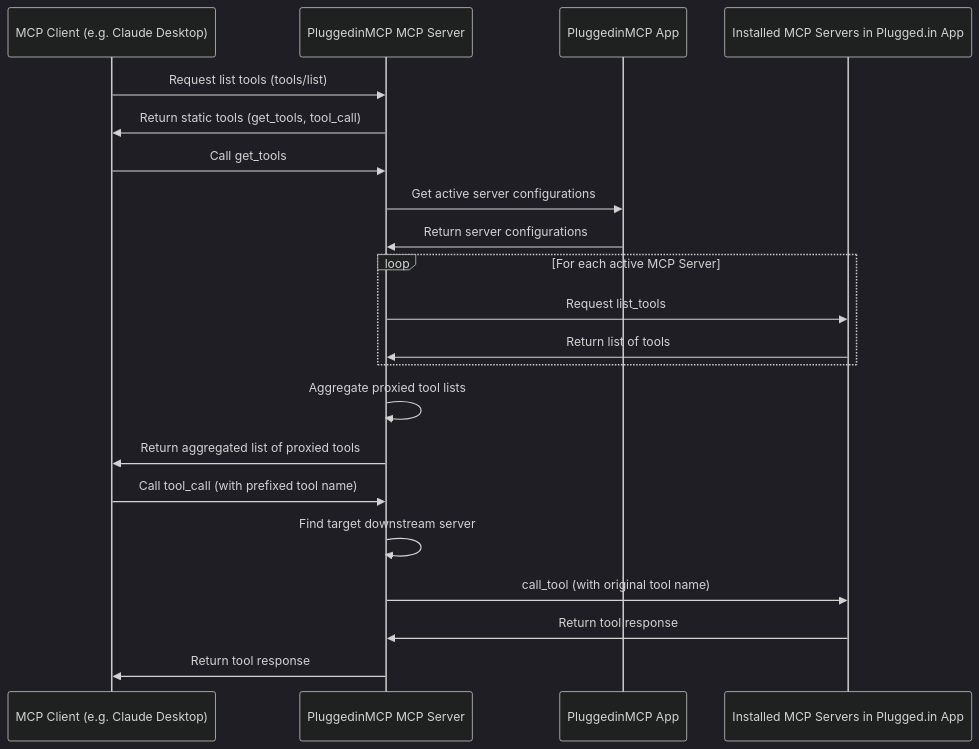
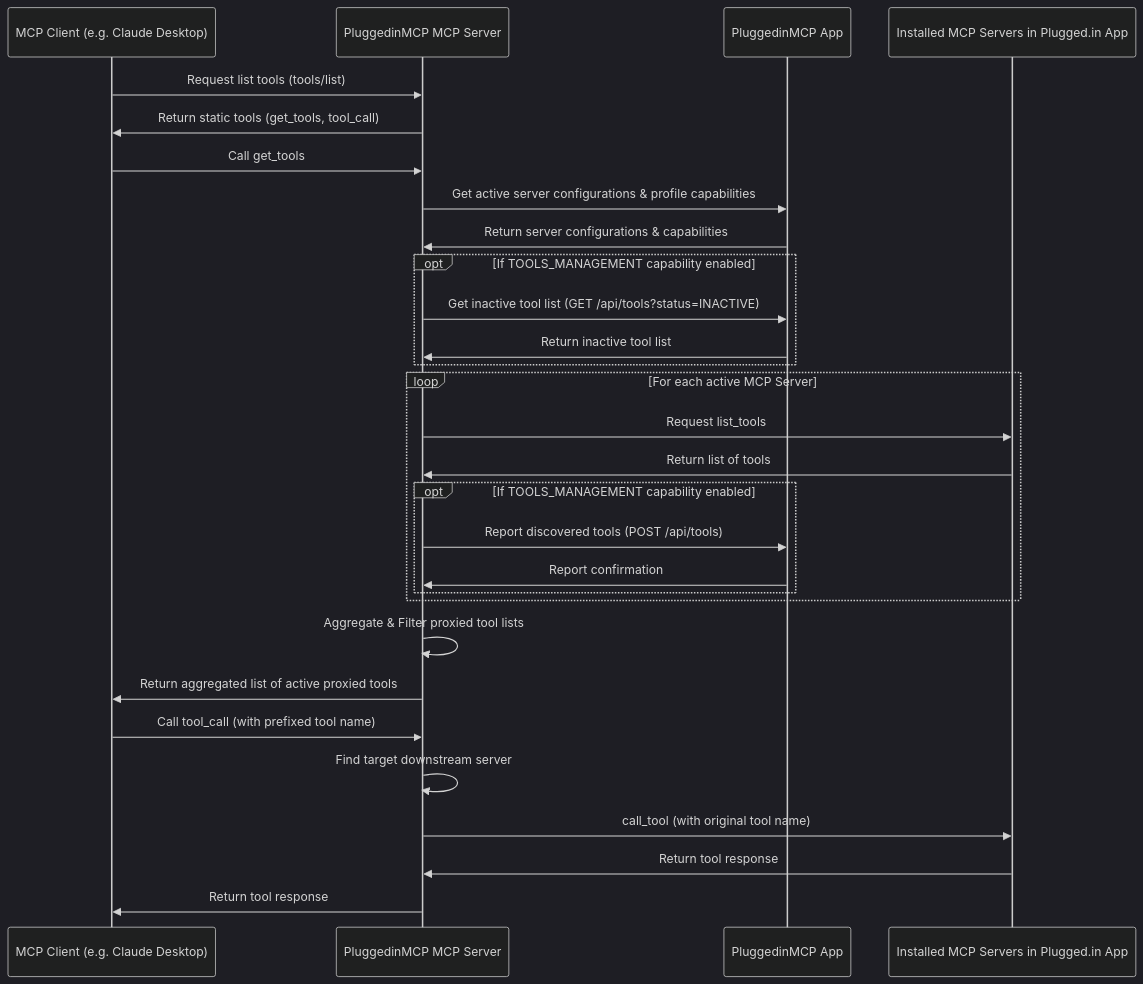
The diagram in README.md (hockinghills/pluggedin-mcp-proxy), drawn with Mermaid (dark theme) before and after one commit. The commit also changed other lines of this file, not shown here.

````diff
--- a/README.md
+++ b/README.md
@@ -81,26 +82,34 @@
 ```mermaid
 sequenceDiagram
     participant MCPClient as MCP Client (e.g. Claude Desktop)
     participant PluggedinMCP-mcp-server as PluggedinMCP MCP Server
     participant PluggedinMCPApp as PluggedinMCP App
     participant MCPServers as Installed MCP Servers in Plugged.in App
 
     MCPClient ->> PluggedinMCP-mcp-server: Request list tools (tools/list)
     PluggedinMCP-mcp-server ->> MCPClient: Return static tools (get_tools, tool_call)
 
     MCPClient ->> PluggedinMCP-mcp-server: Call get_tools
-    PluggedinMCP-mcp-server ->> PluggedinMCPApp: Get active server configurations
-    PluggedinMCPApp ->> PluggedinMCP-mcp-server: Return server configurations
+    PluggedinMCP-mcp-server ->> PluggedinMCPApp: Get active server configurations & profile capabilities
+    PluggedinMCPApp ->> PluggedinMCP-mcp-server: Return server configurations & capabilities
+    opt If TOOLS_MANAGEMENT capability enabled
+        PluggedinMCP-mcp-server ->> PluggedinMCPApp: Get inactive tool list (GET /api/tools?status=INACTIVE)
+        PluggedinMCPApp ->> PluggedinMCP-mcp-server: Return inactive tool list
+    end
     loop For each active MCP Server
         PluggedinMCP-mcp-server ->> MCPServers: Request list_tools
         MCPServers ->> PluggedinMCP-mcp-server: Return list of tools
+        opt If TOOLS_MANAGEMENT capability enabled
+             PluggedinMCP-mcp-server ->> PluggedinMCPApp: Report discovered tools (POST /api/tools)
+             PluggedinMCPApp ->> PluggedinMCP-mcp-server: Report confirmation
+        end
     end
-    PluggedinMCP-mcp-server ->> PluggedinMCP-mcp-server: Aggregate proxied tool lists
-    PluggedinMCP-mcp-server ->> MCPClient: Return aggregated list of proxied tools
+    PluggedinMCP-mcp-server ->> PluggedinMCP-mcp-server: Aggregate & Filter proxied tool lists
+    PluggedinMCP-mcp-server ->> MCPClient: Return aggregated list of active proxied tools
 
     MCPClient ->> PluggedinMCP-mcp-server: Call tool_call (with prefixed tool name)
     PluggedinMCP-mcp-server ->> PluggedinMCP-mcp-server: Find target downstream server
     PluggedinMCP-mcp-server ->> MCPServers: call_tool (with original tool name)
     MCPServers ->> PluggedinMCP-mcp-server: Return tool response
     PluggedinMCP-mcp-server ->> MCPClient: Return tool response
 ```
````
